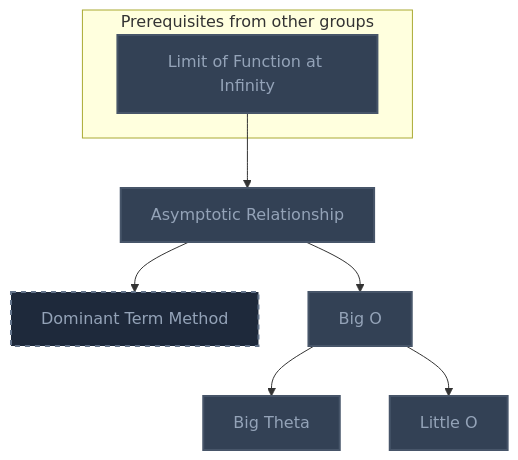
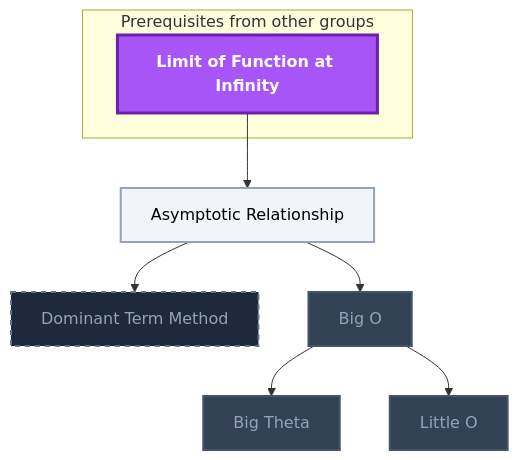
One commit to MRauf1/My-Notes changed the sixth of 10 diagrams in Gamification/Skill Trees/Theoretical Computer Science.md. Above: the diagram before and after it, drawn with Mermaid. The commit also changed other lines of this file and 156 other files, not shown here.

````diff
--- a/Gamification/Skill Trees/Theoretical Computer Science.md
+++ b/Gamification/Skill Trees/Theoretical Computer Science.md
@@ -282,28 +286,30 @@
 ```mermaid
 flowchart TD
     classDef planned fill:#1E293B,stroke:#64748B,stroke-width:2px,stroke-dasharray:5 5,color:#94A3B8;
     classDef locked fill:#334155,stroke:#475569,stroke-width:2px,color:#94A3B8;
     classDef L0 fill:#F1F5F9,stroke:#94A3B8,stroke-width:2px,color:#000000;
     classDef L1 fill:#22C55E,stroke:#15803D,stroke-width:2px,color:#000000;
     classDef L2 fill:#3B82F6,stroke:#1D4ED8,stroke-width:3px,color:#FFFFFF;
     classDef L3 fill:#A855F7,stroke:#6B21A8,stroke-width:3px,color:#FFFFFF,font-weight:bold;
     classDef L4 fill:#F97316,stroke:#C2410C,stroke-width:4px,color:#000000,font-weight:bold;
     classDef L5 fill:#FFD700,stroke:#FF8C00,stroke-width:5px,color:#000000,font-weight:bold;
     classDef rusty stroke:#8B4513,stroke-width:4px,stroke-dasharray:3 3;
     subgraph sg_prereqs["Prerequisites from other groups"]
         n_limit_of_function_at_infinity["Limit of Function at Infinity"]
     end
     n_asymptotic_relationship["Asymptotic Relationship"]
     n_dominant_term_method["Dominant Term Method"]
     n_big_o["Big O"]
     n_big_theta["Big Theta"]
     n_little_o["Little O"]
     n_limit_of_function_at_infinity --> n_asymptotic_relationship
     n_asymptotic_relationship --> n_dominant_term_method
     n_asymptotic_relationship --> n_big_o
     n_big_o --> n_big_theta
     n_big_o --> n_little_o
     class n_dominant_term_method planned;
-    class n_limit_of_function_at_infinity,n_asymptotic_relationship,n_big_o,n_big_theta,n_little_o locked;
+    class n_big_o,n_big_theta,n_little_o locked;
+    class n_asymptotic_relationship L0;
+    class n_limit_of_function_at_infinity L3;
     class n_limit_of_function_at_infinity,n_asymptotic_relationship,n_big_o,n_big_theta,n_little_o internal-link;
 ```
````
